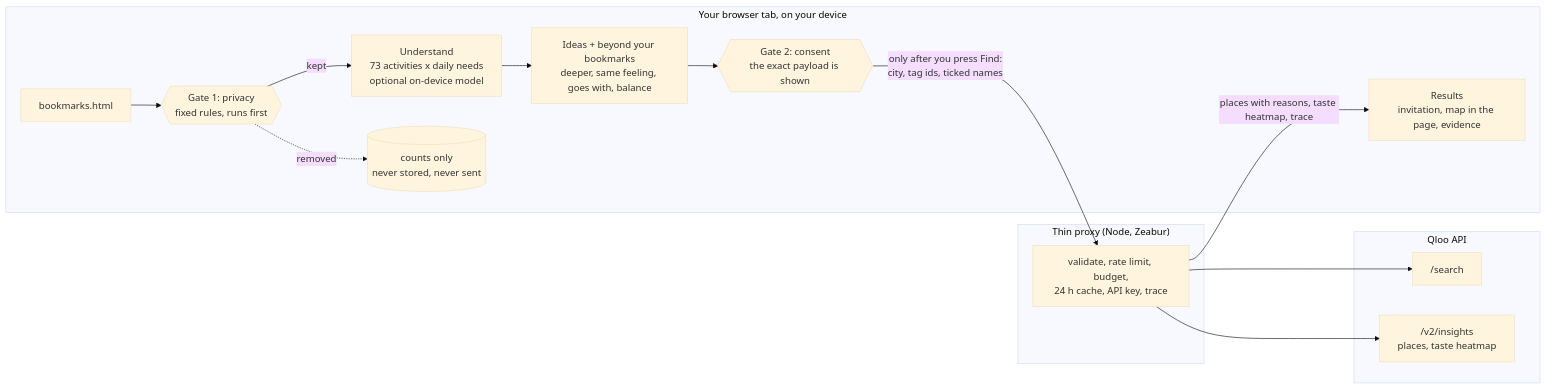
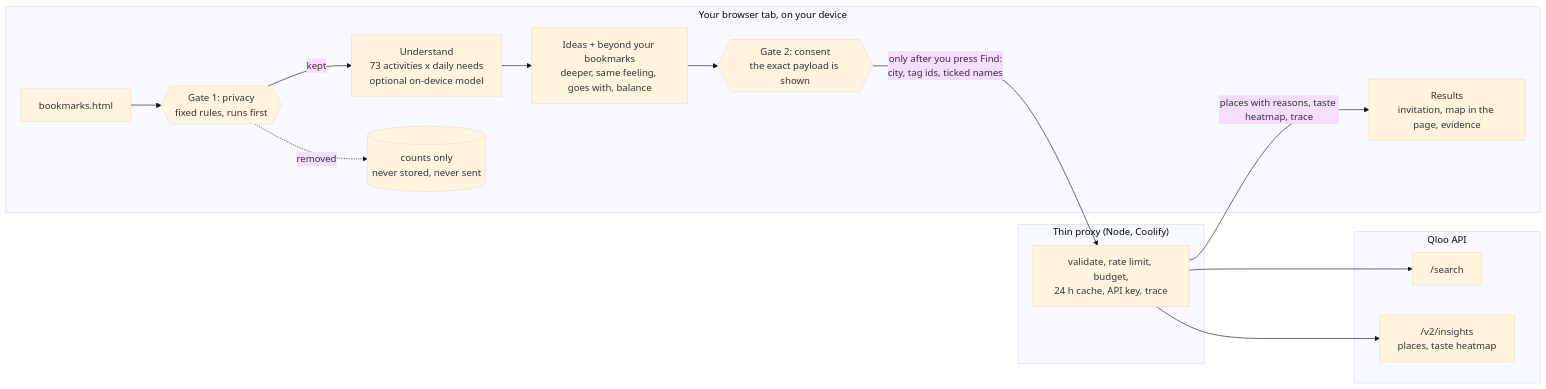
Before and after one commit to jiarong0423/understood-not-seen: the diagram in README.md, drawn with Mermaid (base theme). The commit also changed other lines of this file and 2 other files, not shown here.

Commit message:
Hosted demo moved to understood-not-seen-new.jace0423.com (Coolify); drop Zeabur wording

````diff
--- a/README.md
+++ b/README.md
@@ -31,22 +31,22 @@
 ```mermaid
 flowchart LR
   subgraph Device["Your browser tab, on your device"]
     B["bookmarks.html"] --> G1{{"Gate 1: privacy<br/>fixed rules, runs first"}}
     G1 -->|kept| U["Understand<br/>73 activities x daily needs<br/>optional on-device model"]
     G1 -.->|removed| X[("counts only<br/>never stored, never sent")]
     U --> I["Ideas + beyond your bookmarks<br/>deeper, same feeling, goes with, balance"]
     I --> G2{{"Gate 2: consent<br/>the exact payload is shown"}}
     R["Results<br/>invitation, map in the page, evidence"]
   end
-  subgraph Server["Thin proxy (Node, Zeabur)"]
+  subgraph Server["Thin proxy (Node, Coolify)"]
     P["validate, rate limit, budget,<br/>24 h cache, API key, trace"]
   end
   subgraph Q["Qloo API"]
     S["/search"]
     N["/v2/insights<br/>places, taste heatmap"]
   end
   G2 -->|"only after you press Find:<br/>city, tag ids, ticked names"| P
   P --> S
   P --> N
   P -->|"places with reasons, taste heatmap, trace"| R
 ```
````
